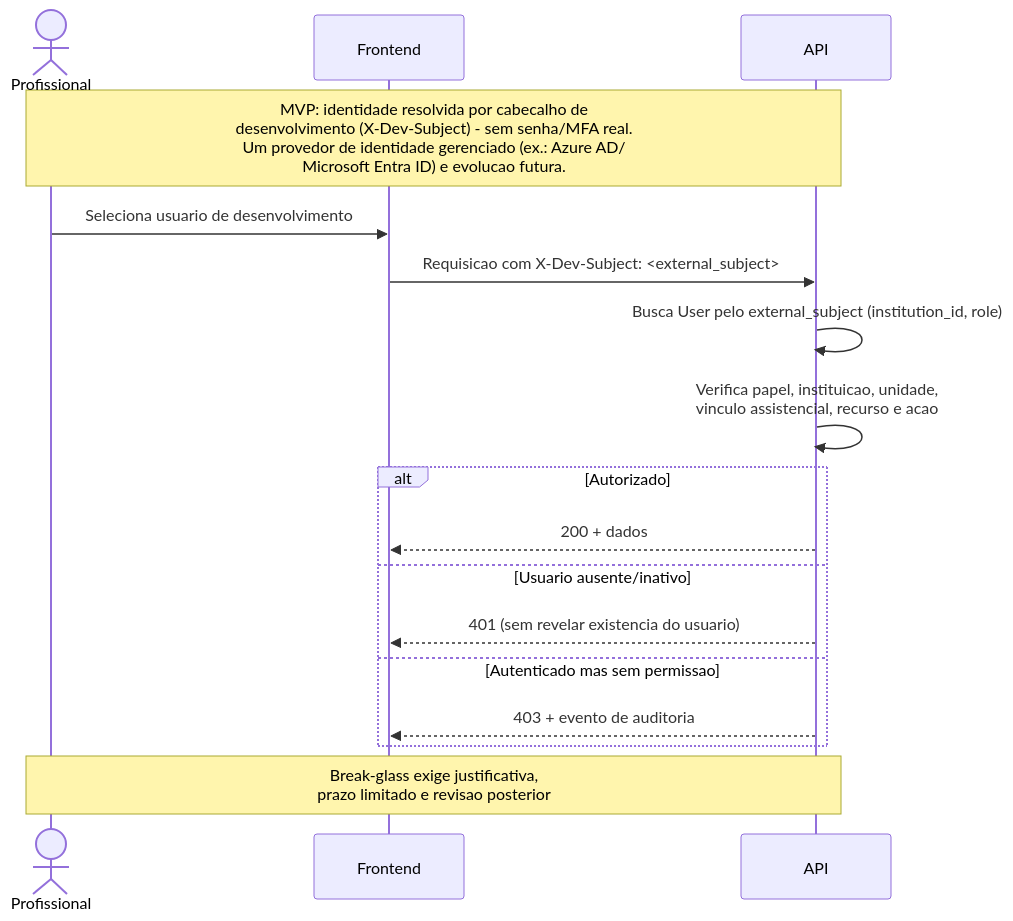
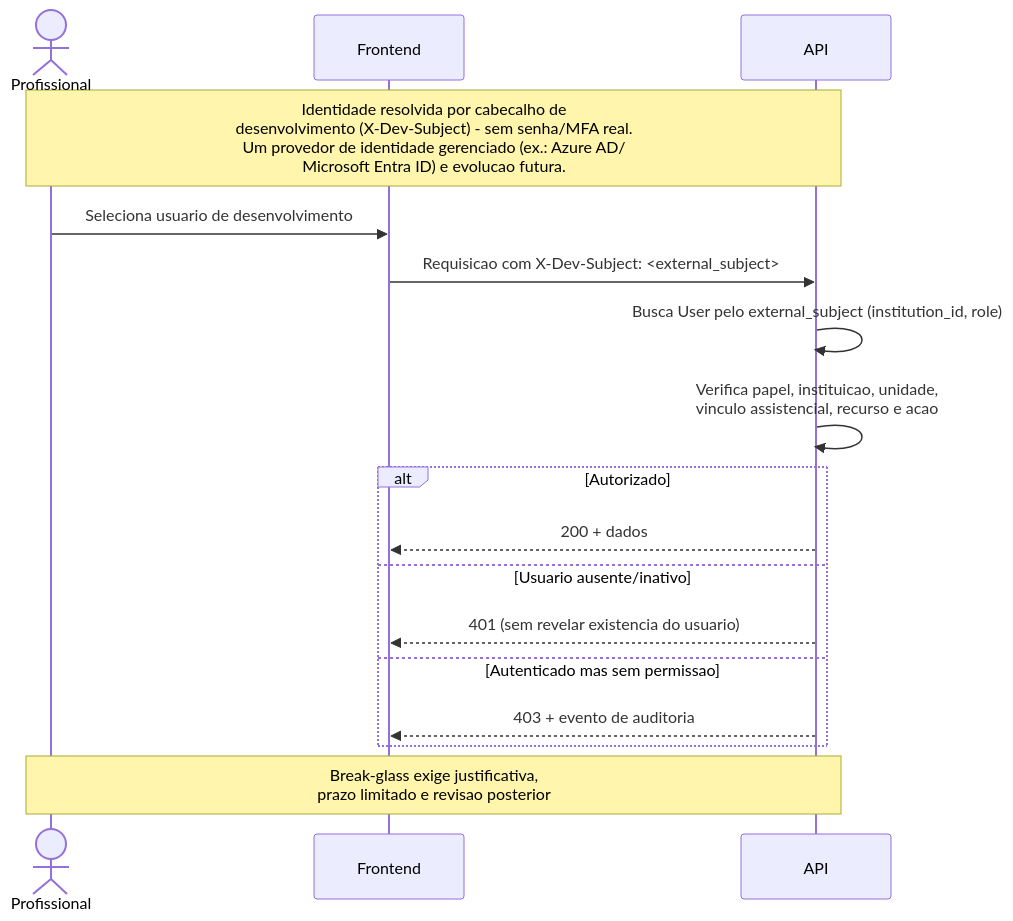
One commit to marcosvrc/sentinela-multimodal changed the diagram in docs/architecture/06-fluxo-autenticacao.mmd. Above: the diagram before and after it, drawn with Mermaid. The commit also changed 17 other files, not shown here.

Commit message:
Adjust diagrams

```diff
--- a/docs/architecture/06-fluxo-autenticacao.mmd
+++ b/docs/architecture/06-fluxo-autenticacao.mmd
@@ -1,21 +1,21 @@
-%% Fluxo de autenticacao e autorizacao (MVP: adaptador local de identidade)
+%% Fluxo de autenticacao e autorizacao (adaptador local de identidade)
 sequenceDiagram
     actor Prof as Profissional
     participant FE as Frontend
     participant API as API
 
-    Note over Prof,API: MVP: identidade resolvida por cabecalho de<br/>desenvolvimento (X-Dev-Subject) - sem senha/MFA real.<br/>Um provedor de identidade gerenciado (ex.: Azure AD/<br/>Microsoft Entra ID) e evolucao futura.
+    Note over Prof,API: Identidade resolvida por cabecalho de<br/>desenvolvimento (X-Dev-Subject) - sem senha/MFA real.<br/>Um provedor de identidade gerenciado (ex.: Azure AD/<br/>Microsoft Entra ID) e evolucao futura.
 
     Prof->>FE: Seleciona usuario de desenvolvimento
     FE->>API: Requisicao com X-Dev-Subject: <external_subject>
     API->>API: Busca User pelo external_subject (institution_id, role)
     API->>API: Verifica papel, instituicao, unidade,<br/>vinculo assistencial, recurso e acao
     alt Autorizado
         API-->>FE: 200 + dados
     else Usuario ausente/inativo
         API-->>FE: 401 (sem revelar existencia do usuario)
     else Autenticado mas sem permissao
         API-->>FE: 403 + evento de auditoria
     end
 
     Note over Prof,API: Break-glass exige justificativa,<br/>prazo limitado e revisao posterior
```
